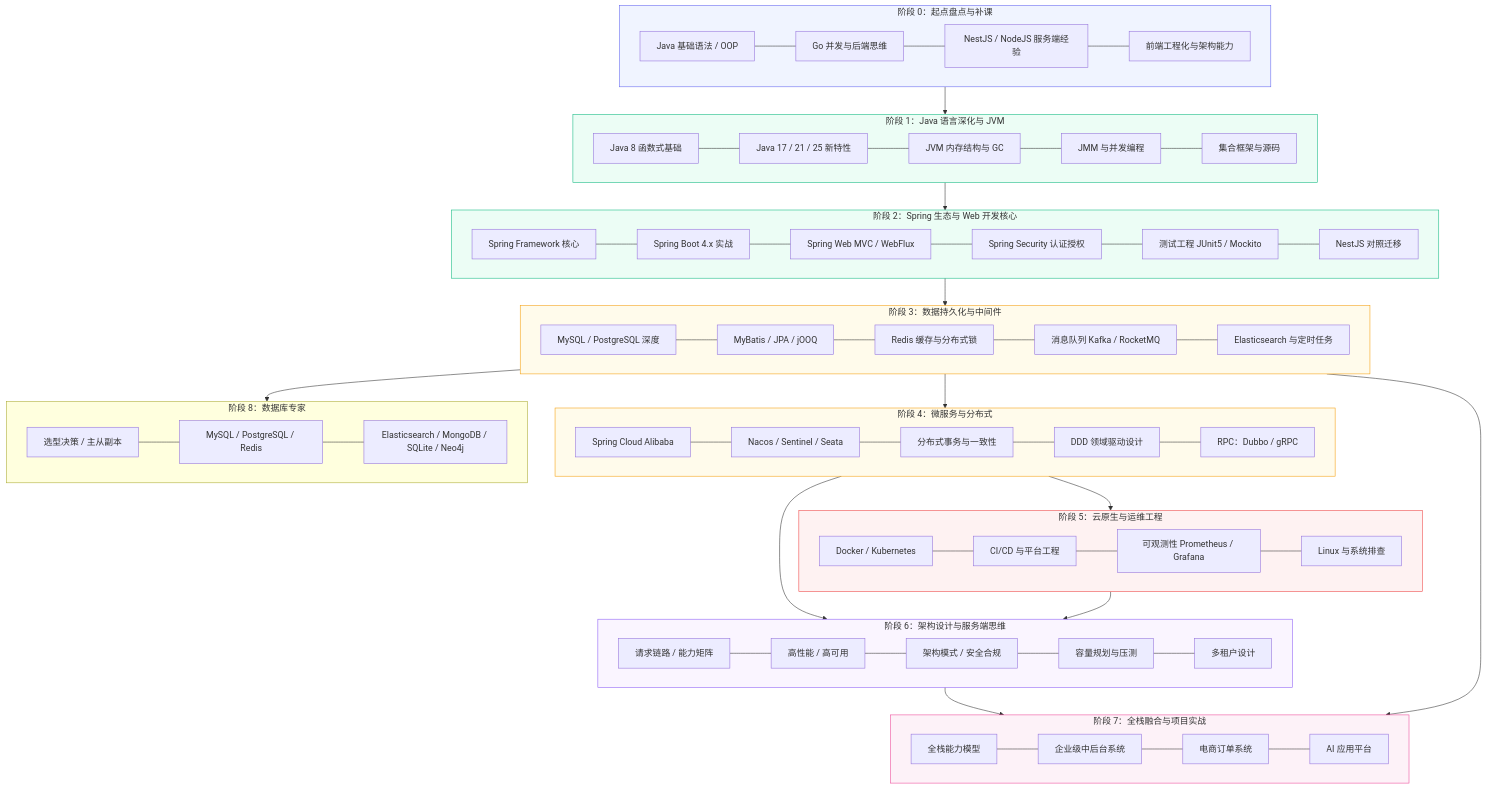
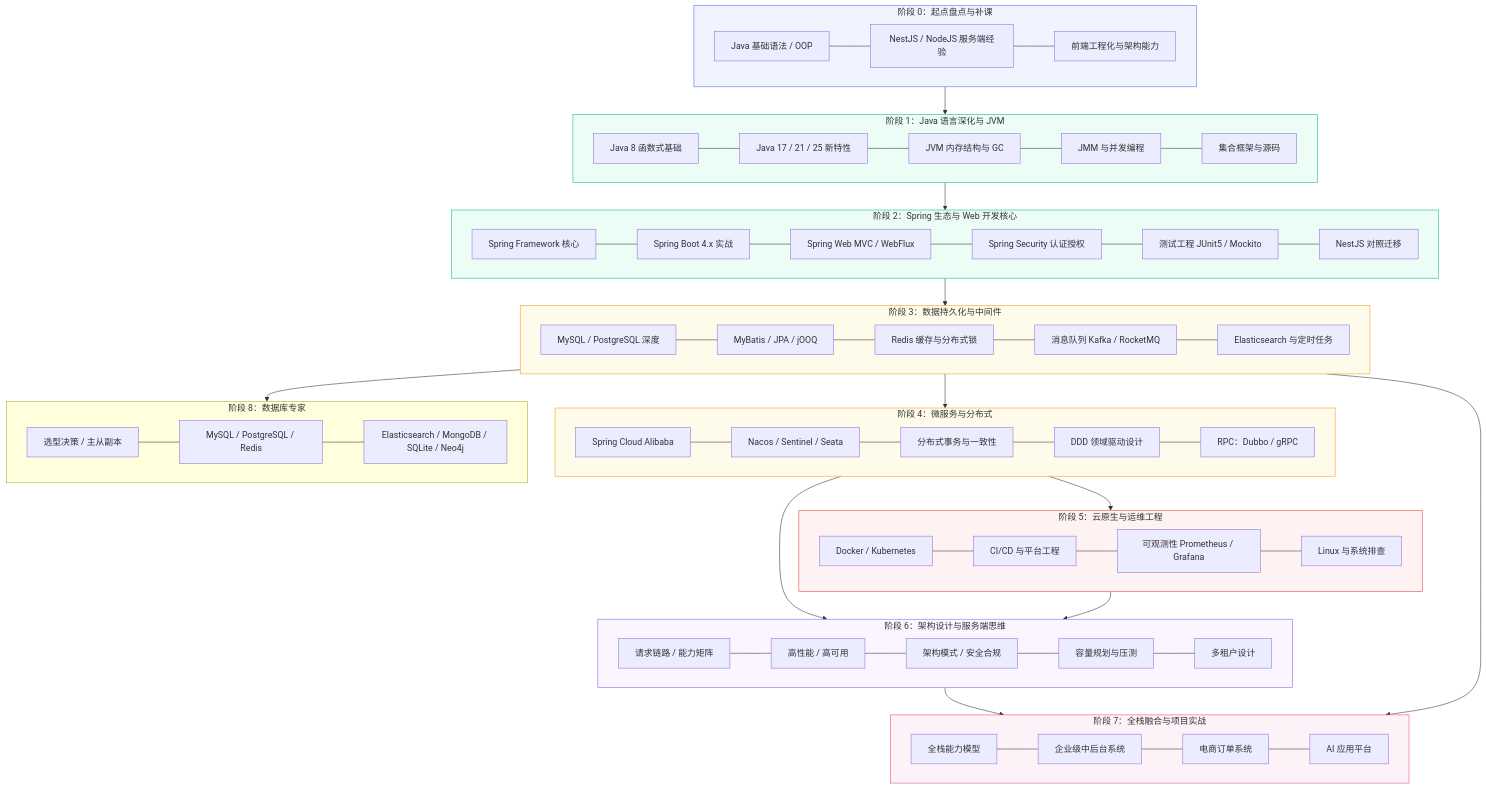
Before and after one commit to CrazyForks/java-full-stack: the diagram in docs/README.md, drawn with Mermaid. The commit also changed other lines of this file and 10 other files, not shown here.

````diff
--- a/docs/README.md
+++ b/docs/README.md
@@ -12,67 +12,67 @@
 ```mermaid
 flowchart TD
     subgraph P0[阶段 0：起点盘点与补课]
         direction LR
-        A0[Java 基础语法 / OOP] --- A1[Go 并发与后端思维] --- A2[NestJS / NodeJS 服务端经验] --- A3[前端工程化与架构能力]
+        A0[Java 基础语法 / OOP] --- A2[NestJS / NodeJS 服务端经验] --- A3[前端工程化与架构能力]
     end
 
     subgraph P1[阶段 1：Java 语言深化与 JVM]
         direction LR
         B1[Java 8 函数式基础] --- B2[Java 17 / 21 / 25 新特性] --- B3[JVM 内存结构与 GC] --- B4[JMM 与并发编程] --- B5[集合框架与源码]
     end
 
     subgraph P2[阶段 2：Spring 生态与 Web 开发核心]
         direction LR
         C1[Spring Framework 核心] --- C2[Spring Boot 4.x 实战] --- C3[Spring Web MVC / WebFlux] --- C4[Spring Security 认证授权] --- C5[测试工程 JUnit5 / Mockito] --- C6[NestJS 对照迁移]
     end
 
     subgraph P3[阶段 3：数据持久化与中间件]
         direction LR
         D1[MySQL / PostgreSQL 深度] --- D2[MyBatis / JPA / jOOQ] --- D3[Redis 缓存与分布式锁] --- D4[消息队列 Kafka / RocketMQ] --- D5[Elasticsearch 与定时任务]
     end
 
     subgraph P4[阶段 4：微服务与分布式]
         direction LR
         E1[Spring Cloud Alibaba] --- E2[Nacos / Sentinel / Seata] --- E3[分布式事务与一致性] --- E4[DDD 领域驱动设计] --- E5[RPC：Dubbo / gRPC]
     end
 
     subgraph P5[阶段 5：云原生与运维工程]
         direction LR
         F1[Docker / Kubernetes] --- F2[CI/CD 与平台工程] --- F3[可观测性 Prometheus / Grafana] --- F4[Linux 与系统排查]
     end
 
     subgraph P6[阶段 6：架构设计与服务端思维]
         direction LR
         G1[请求链路 / 能力矩阵] --- G2[高性能 / 高可用] --- G3[架构模式 / 安全合规] --- G4[容量规划与压测] --- G5[多租户设计]
     end
 
     subgraph P7[阶段 7：全栈融合与项目实战]
         direction LR
         H1[全栈能力模型] --- H2[企业级中后台系统] --- H3[电商订单系统] --- H4[AI 应用平台]
     end
 
     subgraph P8[阶段 8：数据库专家]
         direction LR
         I1[选型决策 / 主从副本] --- I2[MySQL / PostgreSQL / Redis] --- I3[Elasticsearch / MongoDB / SQLite / Neo4j]
     end
 
     P0 --> P1
     P1 --> P2
     P2 --> P3
     P3 --> P4
     P4 --> P5
     P4 --> P6
     P5 --> P6
     P6 --> P7
     P3 --> P7
     P3 --> P8
 
     style P0 fill:#f0f4ff,stroke:#6366f1
     style P1 fill:#ecfdf5,stroke:#10b981
     style P2 fill:#ecfdf5,stroke:#10b981
     style P3 fill:#fffbeb,stroke:#f59e0b
     style P4 fill:#fffbeb,stroke:#f59e0b
     style P5 fill:#fef2f2,stroke:#ef4444
     style P6 fill:#faf5ff,stroke:#8b5cf6
     style P7 fill:#fdf2f8,stroke:#ec4899
 ```
````
